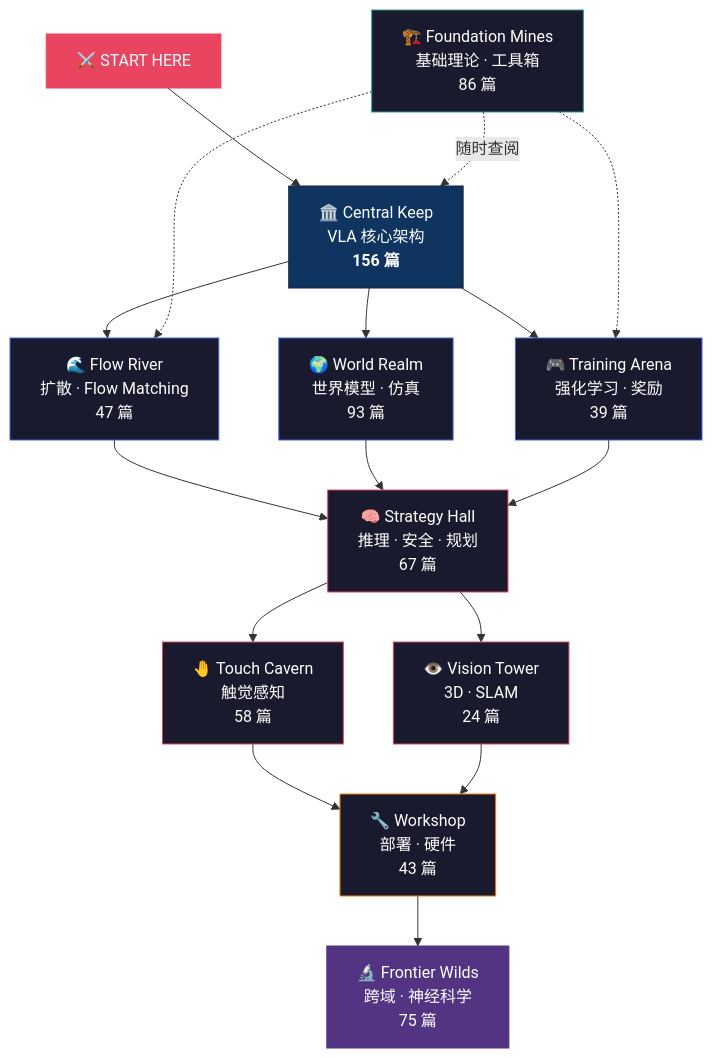
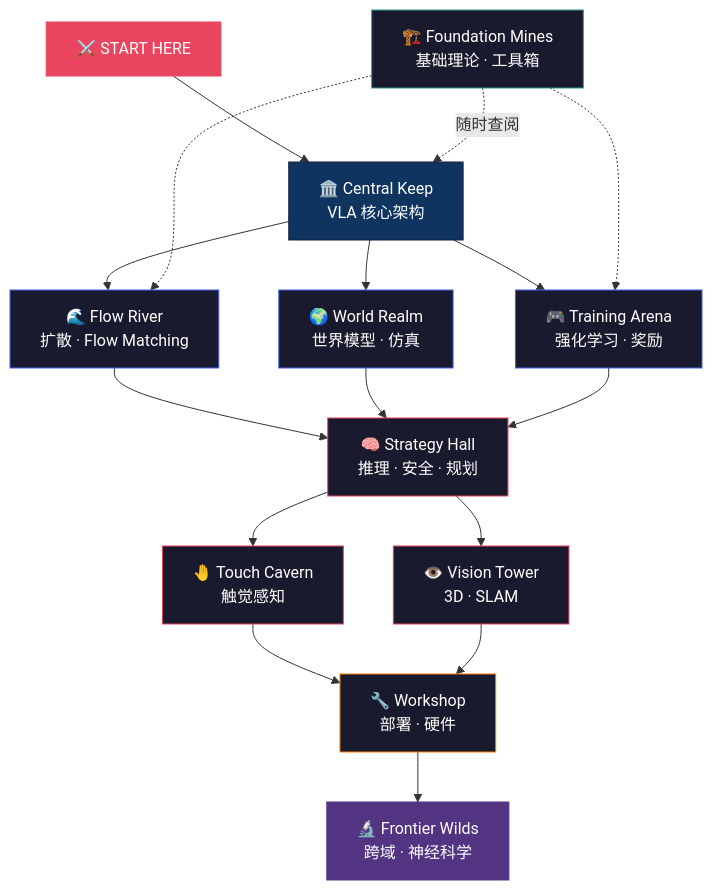
One commit to shawxiaodahua/VLA-Handbook changed the diagram in theory/README.md. Above: the diagram before and after it, drawn with Mermaid. The commit also changed other lines of this file and 11 other files, not shown here.

````diff
--- a/theory/README.md
+++ b/theory/README.md
@@ -28,36 +27,36 @@
 ```mermaid
 graph TD
-    START["⚔️ START HERE"] --> CORE["🏛️ Central Keep<br/>VLA 核心架构<br/><b>156 篇</b>"]
+    START["⚔️ START HERE"] --> CORE["🏛️ Central Keep<br/>VLA 核心架构"]
 
-    CORE --> FLOW["🌊 Flow River<br/>扩散 · Flow Matching<br/>47 篇"]
-    CORE --> WORLD["🌍 World Realm<br/>世界模型 · 仿真<br/>93 篇"]
-    CORE --> RL["🎮 Training Arena<br/>强化学习 · 奖励<br/>39 篇"]
+    CORE --> FLOW["🌊 Flow River<br/>扩散 · Flow Matching"]
+    CORE --> WORLD["🌍 World Realm<br/>世界模型 · 仿真"]
+    CORE --> RL["🎮 Training Arena<br/>强化学习 · 奖励"]
 
-    FLOW --> PLAN["🧠 Strategy Hall<br/>推理 · 安全 · 规划<br/>67 篇"]
+    FLOW --> PLAN["🧠 Strategy Hall<br/>推理 · 安全 · 规划"]
     WORLD --> PLAN
     RL --> PLAN
 
-    PLAN --> TOUCH["🤚 Touch Cavern<br/>触觉感知<br/>58 篇"]
-    PLAN --> EYE["👁️ Vision Tower<br/>3D · SLAM<br/>24 篇"]
+    PLAN --> TOUCH["🤚 Touch Cavern<br/>触觉感知"]
+    PLAN --> EYE["👁️ Vision Tower<br/>3D · SLAM"]
 
-    TOUCH --> DEPLOY["🔧 Workshop<br/>部署 · 硬件<br/>43 篇"]
+    TOUCH --> DEPLOY["🔧 Workshop<br/>部署 · 硬件"]
     EYE --> DEPLOY
 
-    DEPLOY --> FRONTIER["🔬 Frontier Wilds<br/>跨域 · 神经科学<br/>75 篇"]
+    DEPLOY --> FRONTIER["🔬 Frontier Wilds<br/>跨域 · 神经科学"]
 
-    FOUND["🏗️ Foundation Mines<br/>基础理论 · 工具箱<br/>86 篇"] -.->|随时查阅| CORE
+    FOUND["🏗️ Foundation Mines<br/>基础理论 · 工具箱"] -.->|随时查阅| CORE
     FOUND -.-> FLOW
     FOUND -.-> RL
 
     style START fill:#e94560,stroke:#e94560,color:#fff
     style CORE fill:#0f3460,stroke:#16213e,color:#fff
     style FLOW fill:#1a1a2e,stroke:#4361ee,color:#fff
     style WORLD fill:#1a1a2e,stroke:#4361ee,color:#fff
     style RL fill:#1a1a2e,stroke:#4361ee,color:#fff
     style PLAN fill:#1a1a2e,stroke:#e94560,color:#fff
     style TOUCH fill:#1a1a2e,stroke:#e94560,color:#fff
     style EYE fill:#1a1a2e,stroke:#e94560,color:#fff
     style DEPLOY fill:#1a1a2e,stroke:#f77f00,color:#fff
     style FRONTIER fill:#533483,stroke:#533483,color:#fff
     style FOUND fill:#1a1a2e,stroke:#2a9d8f,color:#fff
 ```
````
